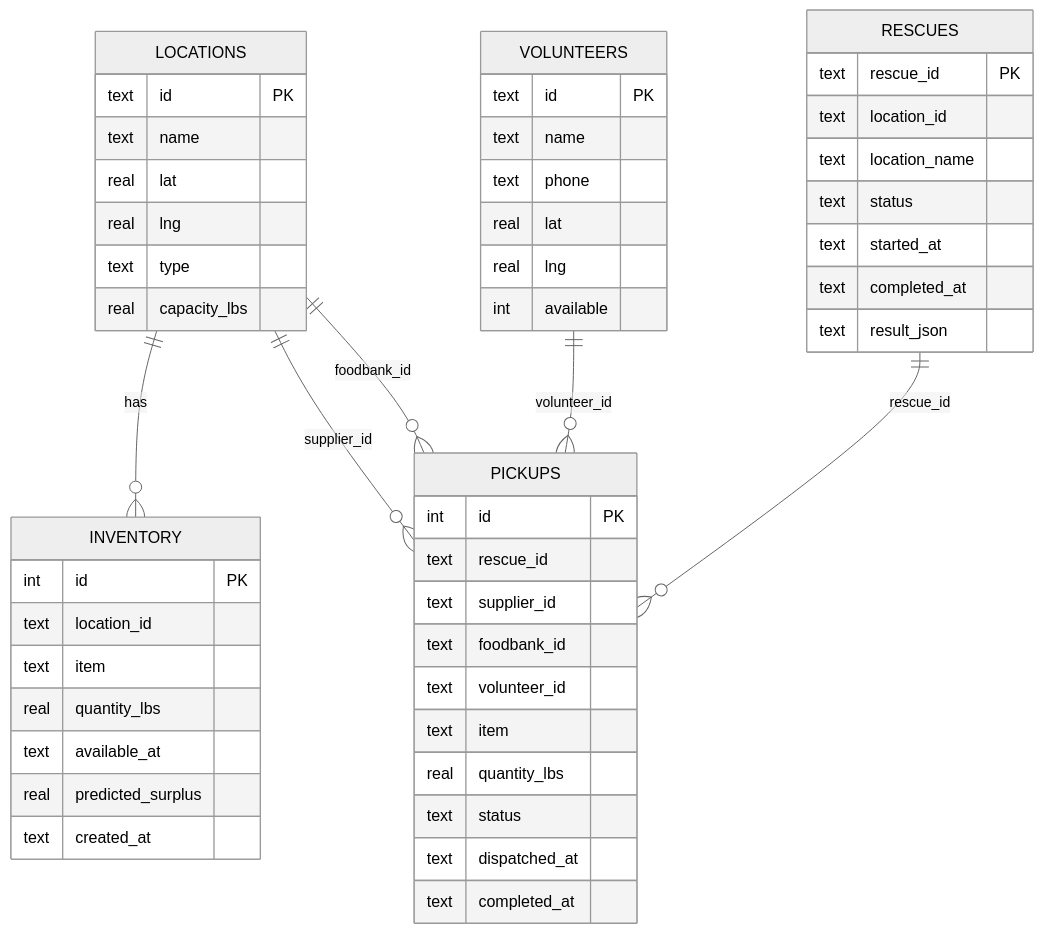
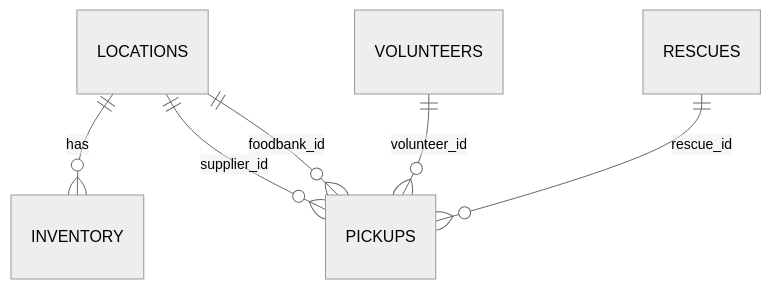
The fourth of 4 diagrams in README.md (jarmancarrera/foodflow-ai), drawn with Mermaid (neutral theme) before and after one commit. The commit also changed other lines of this file, not shown here.

````diff
--- a/README.md
+++ b/README.md
@@ -163,59 +186,8 @@
 ```mermaid
 erDiagram
   LOCATIONS ||--o{ INVENTORY : "has"
   LOCATIONS ||--o{ PICKUPS : "supplier_id"
   LOCATIONS ||--o{ PICKUPS : "foodbank_id"
   VOLUNTEERS ||--o{ PICKUPS : "volunteer_id"
   RESCUES ||--o{ PICKUPS : "rescue_id"
-
-  LOCATIONS {
-    text id PK
-    text name
-    real lat
-    real lng
-    text type
-    real capacity_lbs
-  }
-
-  INVENTORY {
-    int id PK
-    text location_id
-    text item
-    real quantity_lbs
-    text available_at
-    real predicted_surplus
-    text created_at
-  }
-
-  VOLUNTEERS {
-    text id PK
-    text name
-    text phone
-    real lat
-    real lng
-    int available
-  }
-
-  RESCUES {
-    text rescue_id PK
-    text location_id
-    text location_name
-    text status
-    text started_at
-    text completed_at
-    text result_json
-  }
-
-  PICKUPS {
-    int id PK
-    text rescue_id
-    text supplier_id
-    text foodbank_id
-    text volunteer_id
-    text item
-    real quantity_lbs
-    text status
-    text dispatched_at
-    text completed_at
-  }
 ```
````
